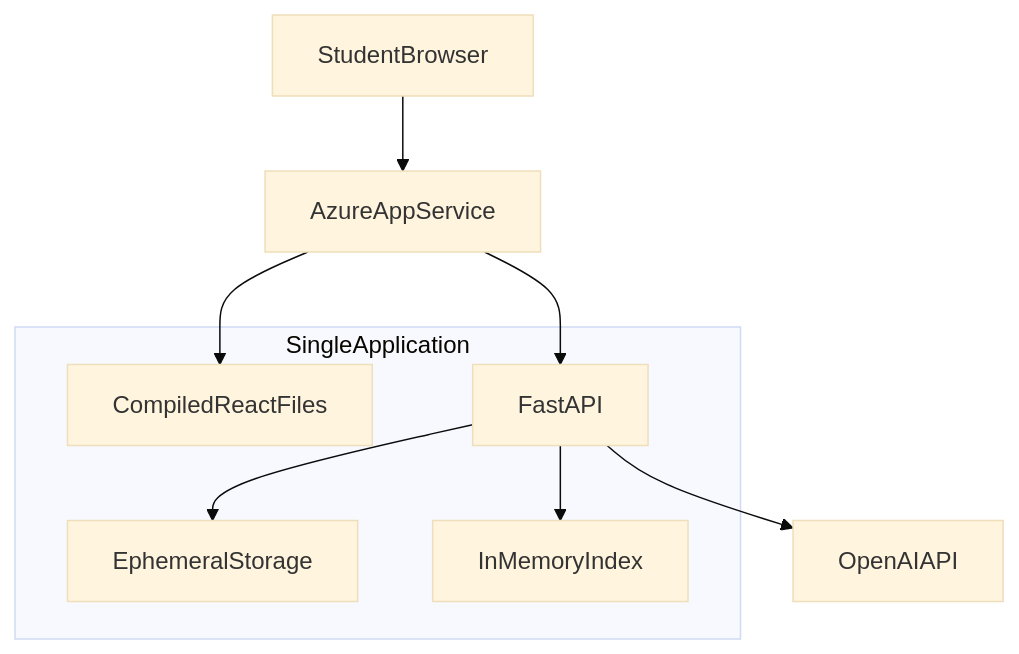
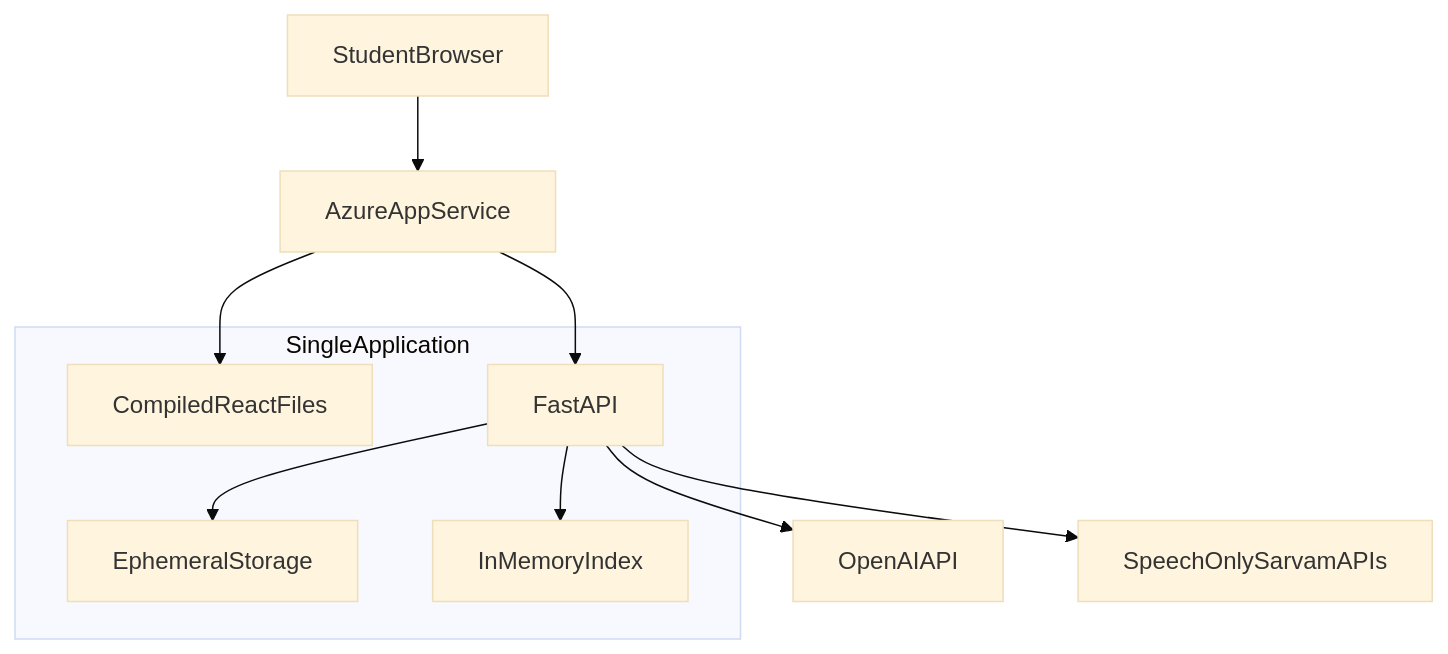
Before and after one commit to AbhineethVS/slashforge-build: the second of 3 diagrams in docs/ARCHITECTURE.md, drawn with Mermaid (base theme). The commit also changed other lines of this file and 32 other files, not shown here.

````diff
--- a/docs/ARCHITECTURE.md
+++ b/docs/ARCHITECTURE.md
@@ -73,15 +86,16 @@
 ```mermaid
 flowchart TB
     Student[StudentBrowser] --> Azure[AzureAppService]
     subgraph app [SingleApplication]
         StaticUI[CompiledReactFiles]
         API[FastAPI]
         Temp[EphemeralStorage]
         RAM[InMemoryIndex]
     end
     Azure --> StaticUI
     Azure --> API
     API --> Temp
     API --> RAM
     API --> OpenAI[OpenAIAPI]
+    API --> Sarvam[SpeechOnlySarvamAPIs]
 ```
````
